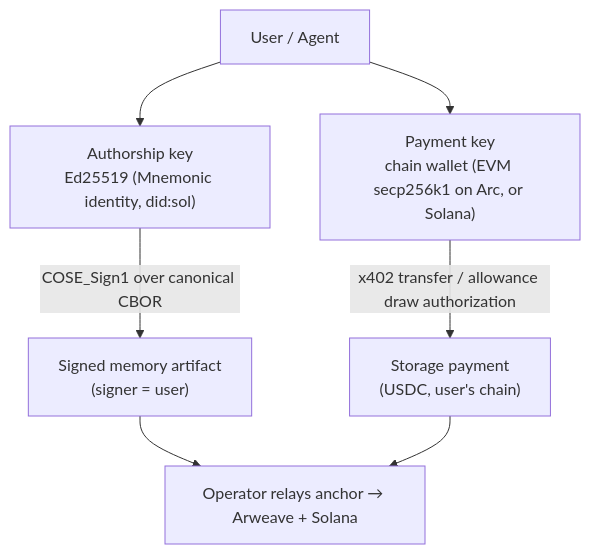
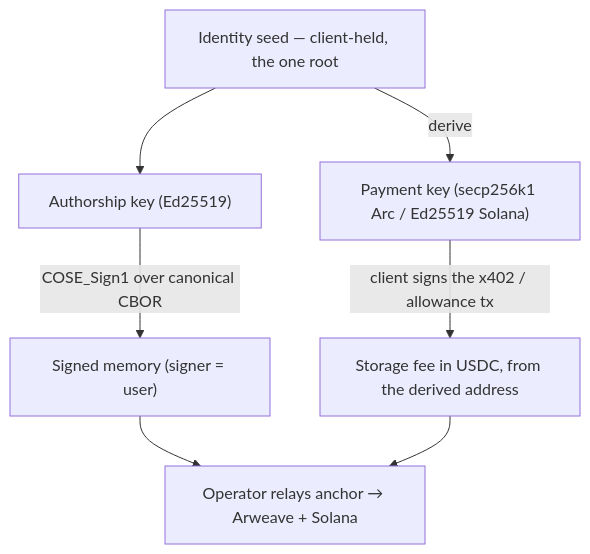
One commit to mnemonik-xyz/monorepo changed the second of 10 diagrams in work/noncustodial-paradigm/design.md. Above: the diagram before and after it, drawn with Mermaid. The commit also changed other lines of this file, not shown here.

First line of the commit message:
docs(paradigm): remove MetaMask/external wallet entirely — client-held derived keys

````diff
--- a/work/noncustodial-paradigm/design.md
+++ b/work/noncustodial-paradigm/design.md
@@ -78,9 +81,10 @@
 ```mermaid
 flowchart TB
-    U["User / Agent"] --> K1["Authorship key<br/>Ed25519 (Mnemonic identity, did:sol)"]
-    U --> K2["Payment key<br/>chain wallet (EVM secp256k1 on Arc, or Solana)"]
-    K1 -->|COSE_Sign1 over canonical CBOR| ART["Signed memory artifact<br/>(signer = user)"]
-    K2 -->|x402 transfer / allowance draw authorization| PAY["Storage payment<br/>(USDC, user's chain)"]
+    ID["Identity seed — client-held, the one root"]
+    ID --> K1["Authorship key (Ed25519)"]
+    ID -->|derive| K2["Payment key (secp256k1 Arc / Ed25519 Solana)"]
+    K1 -->|COSE_Sign1 over canonical CBOR| ART["Signed memory (signer = user)"]
+    K2 -->|client signs the x402 / allowance tx| PAY["Storage fee in USDC, from the derived address"]
     ART --> ANCH["Operator relays anchor → Arweave + Solana"]
     PAY --> ANCH
 ```
````
